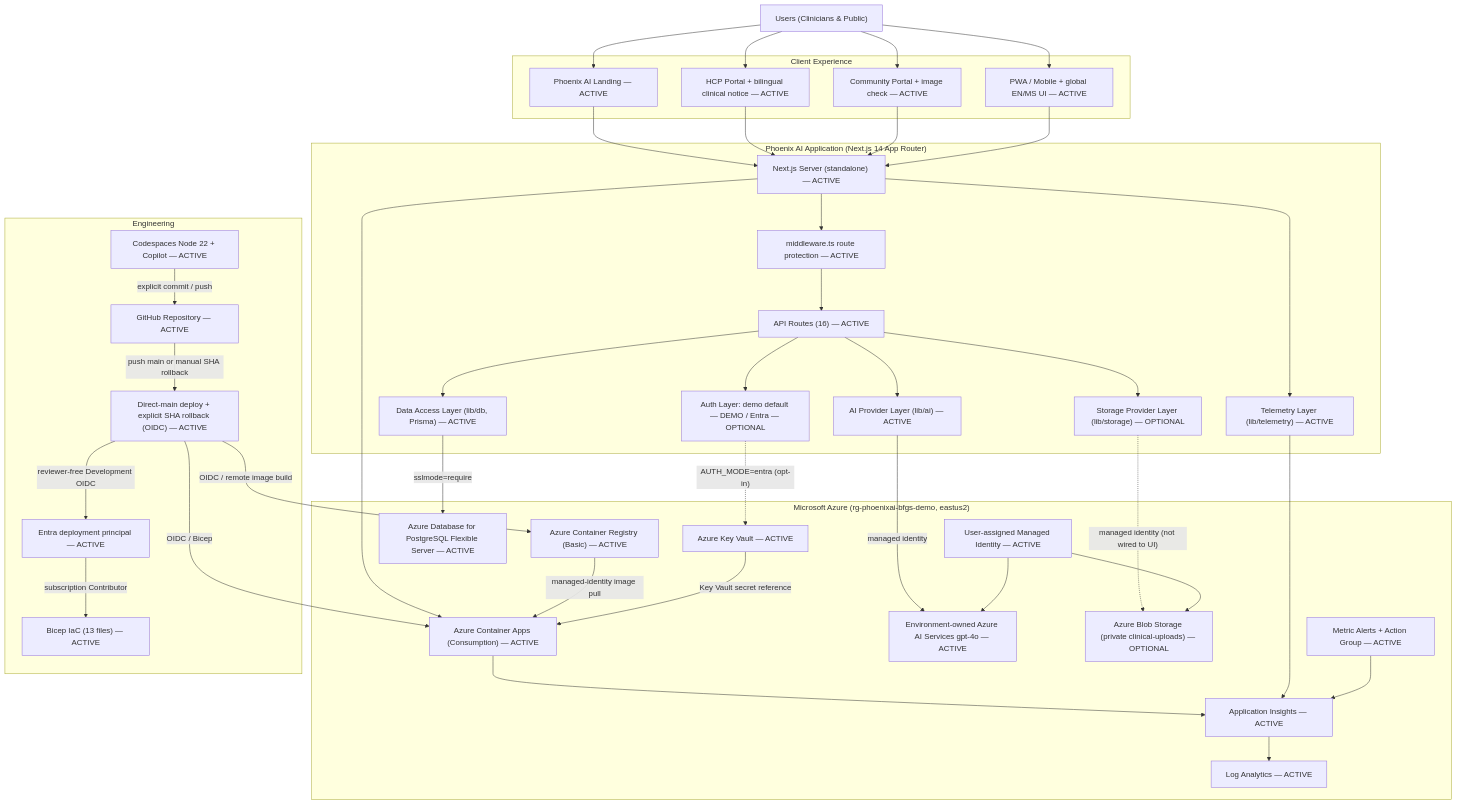
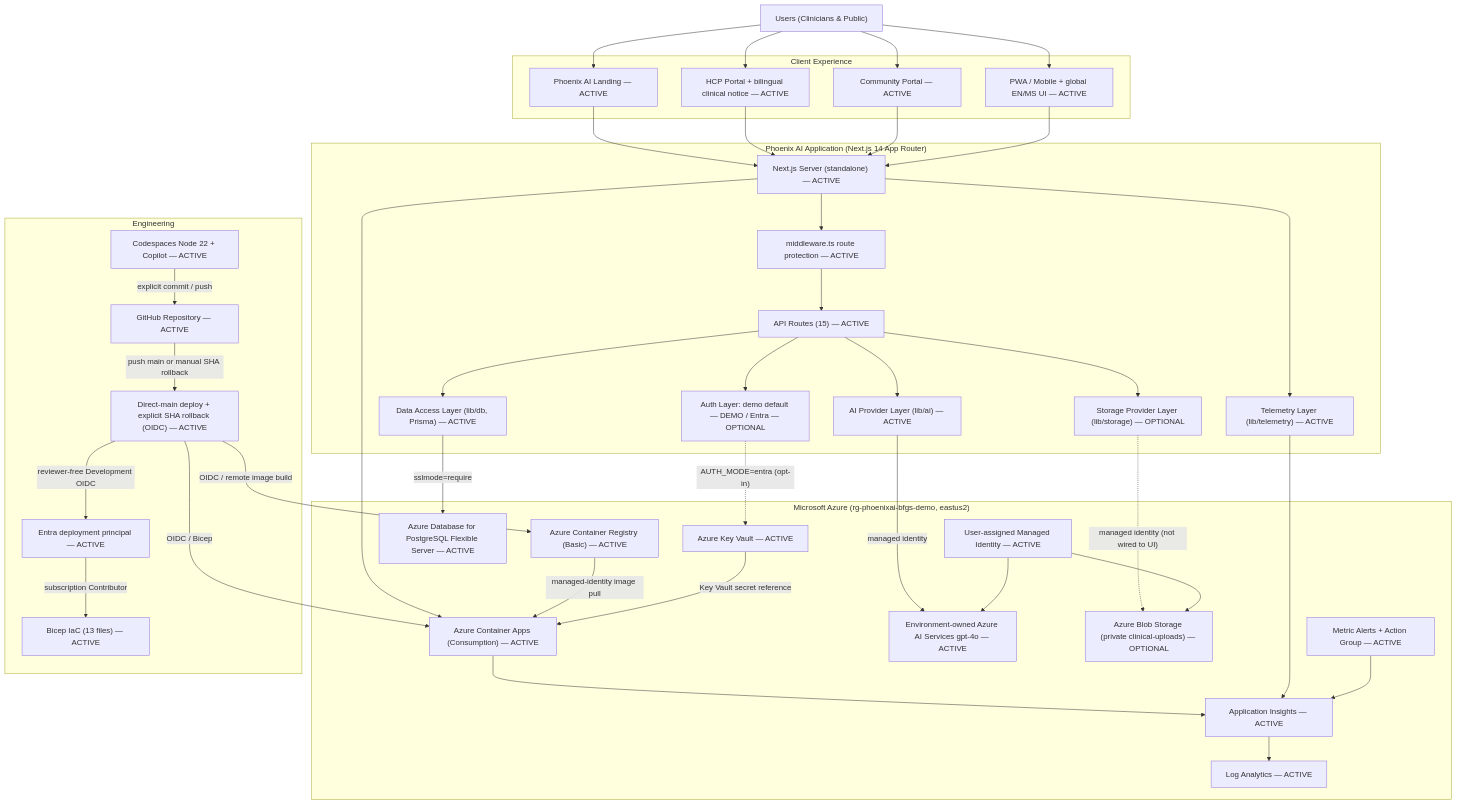
Before and after one commit to polyfuze4336-bot/phoenix-ai-azure: the diagram in docs/architecture/current-architecture.md, drawn with Mermaid. The commit also changed other lines of this file and 20 other files, not shown here.

```diff
--- a/docs/architecture/current-architecture.md
+++ b/docs/architecture/current-architecture.md
@@ -59,14 +59,14 @@
     subgraph CLIENT["Client Experience"]
         Landing["Phoenix AI Landing — ACTIVE"]
         HCP["HCP Portal + bilingual clinical notice — ACTIVE"]
-        Community["Community Portal + image check — ACTIVE"]
+        Community["Community Portal — ACTIVE"]
         PWA["PWA / Mobile + global EN/MS UI — ACTIVE"]
     end
 
     subgraph APP["Phoenix AI Application (Next.js 14 App Router)"]
         Next["Next.js Server (standalone) — ACTIVE"]
         MW["middleware.ts route protection — ACTIVE"]
-        API["API Routes (16) — ACTIVE"]
+        API["API Routes (15) — ACTIVE"]
         Auth["Auth Layer: demo default — DEMO / Entra — OPTIONAL"]
         AIProvider["AI Provider Layer (lib/ai) — ACTIVE"]
         Data["Data Access Layer (lib/db, Prisma) — ACTIVE"]
```
